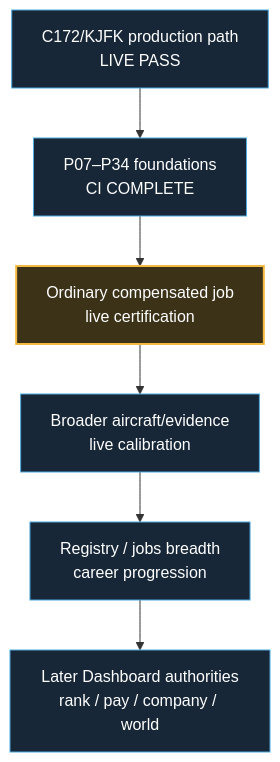
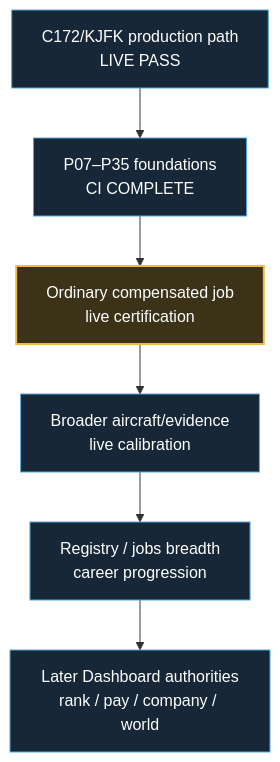
The second of 2 diagrams in docs/development-master-checklist.md (dhavalpddn-eng/OpenCareer), drawn with Mermaid before and after one commit. The commit also changed other lines of this file and 2 other files, not shown here.

````diff
--- a/docs/development-master-checklist.md
+++ b/docs/development-master-checklist.md
@@ -54,13 +54,13 @@
 ```mermaid
 flowchart TD
-    A["C172/KJFK production path<br/>LIVE PASS"] --> B["P07–P34 foundations<br/>CI COMPLETE"]
+    A["C172/KJFK production path<br/>LIVE PASS"] --> B["P07–P35 foundations<br/>CI COMPLETE"]
     B --> C["Ordinary compensated job<br/>live certification"]
     C --> D["Broader aircraft/evidence<br/>live calibration"]
     D --> E["Registry / jobs breadth<br/>career progression"]
     E --> F["Later Dashboard authorities<br/>rank / pay / company / world"]
 
     classDef next fill:#3b3218,stroke:#F4B942,color:#fff,stroke-width:2px;
     classDef future fill:#172737,stroke:#4EA8DE,color:#fff,stroke-width:1px;
     class C next;
     class A,B,D,E,F future;
 ```
````
